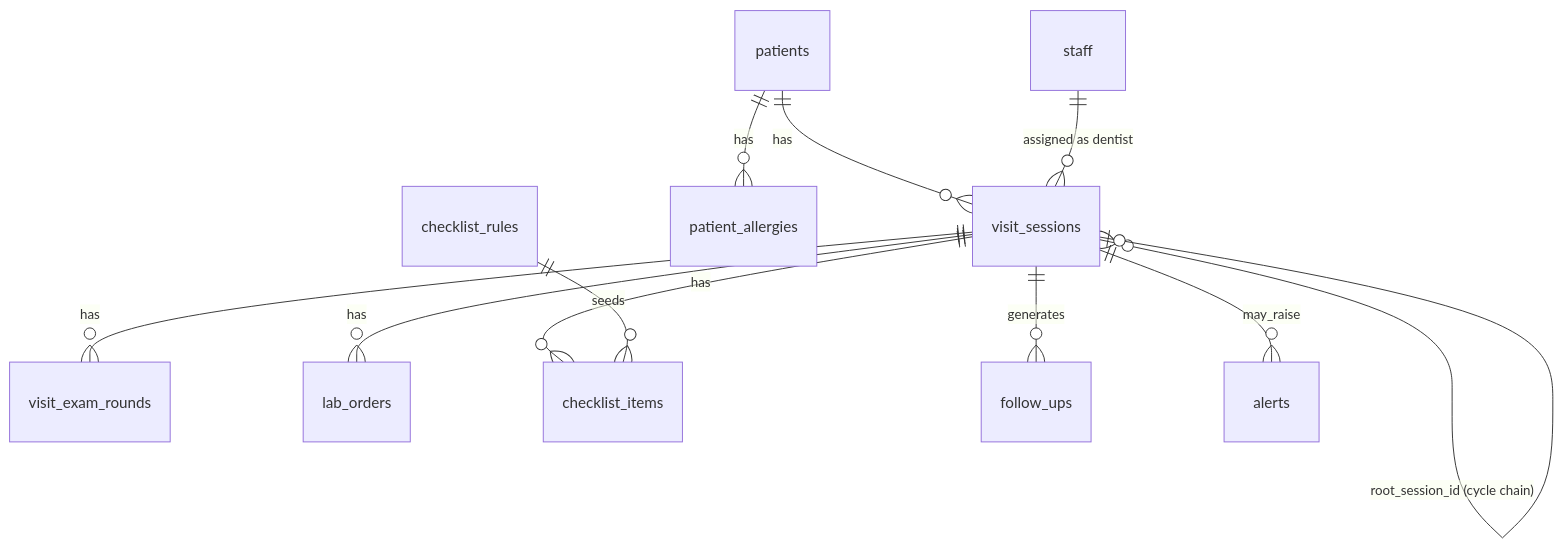
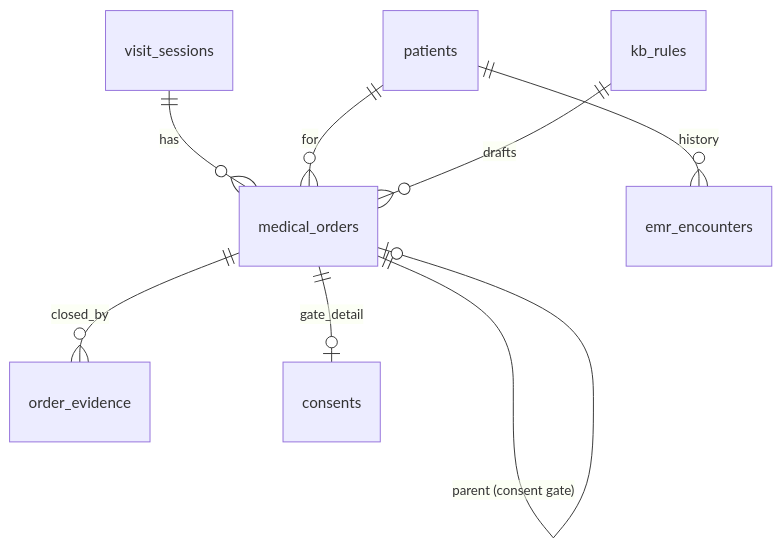
Before and after one commit to ZotAZaw3/Aegis-Care: the first of 2 diagrams in ARCHITECTURE.md, drawn with Mermaid. The commit also changed other lines of this file and 2 other files, not shown here.

First line of the commit message:
chore(db,docs): repoint patient checklist, optional legacy drop, architecture

````diff
--- a/ARCHITECTURE.md
+++ b/ARCHITECTURE.md
@@ -75,13 +40,10 @@
 ```mermaid
 erDiagram
-  patients ||--o{ visit_sessions : has
-  patients ||--o{ patient_allergies : has
-  staff ||--o{ visit_sessions : "assigned as dentist"
-  visit_sessions ||--o{ visit_exam_rounds : has
-  visit_sessions ||--o{ lab_orders : has
-  visit_sessions ||--o{ checklist_items : has
-  visit_sessions ||--o{ follow_ups : generates
-  visit_sessions ||--o{ alerts : may_raise
-  visit_sessions }o--o| visit_sessions : "root_session_id (cycle chain)"
-  checklist_rules ||--o{ checklist_items : seeds
+  visit_sessions ||--o{ medical_orders : has
+  patients ||--o{ medical_orders : for
+  medical_orders ||--o| medical_orders : "parent (consent gate)"
+  medical_orders ||--o{ order_evidence : closed_by
+  medical_orders ||--o| consents : gate_detail
+  kb_rules ||--o{ medical_orders : drafts
+  patients ||--o{ emr_encounters : history
 ```
````
